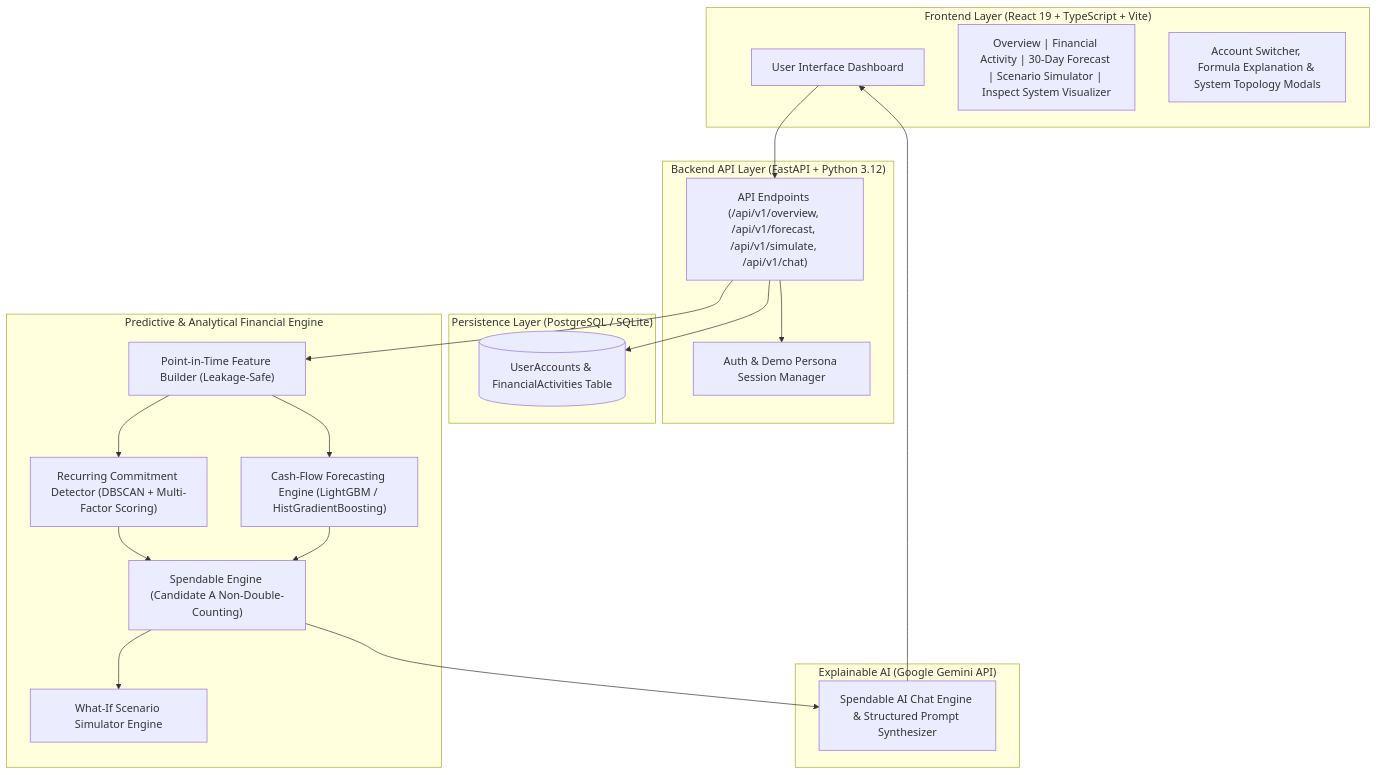
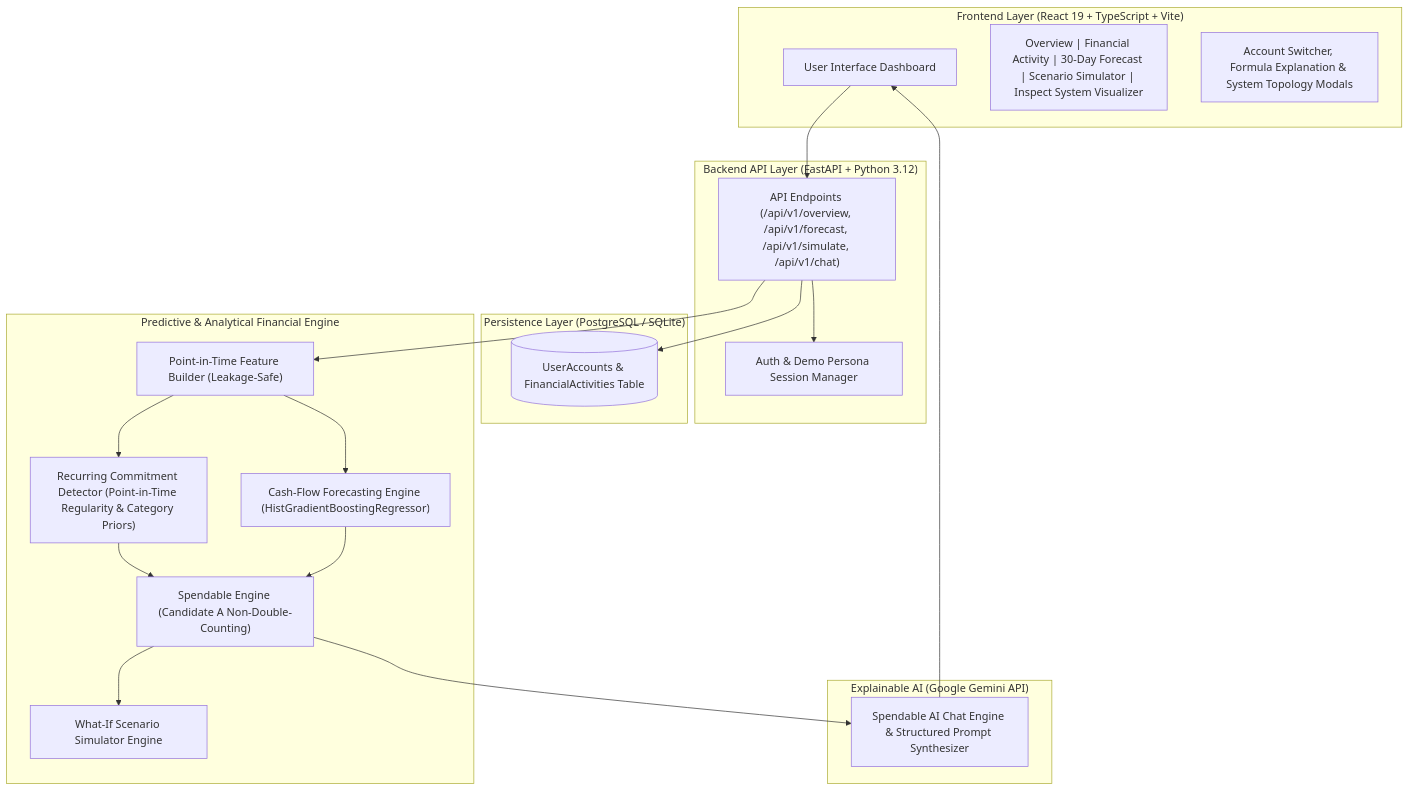
The diagram in README.md (Supan-Roy/Spendable), drawn with Mermaid before and after one commit. The commit also changed other lines of this file and 3 other files, not shown here.

````diff
--- a/README.md
+++ b/README.md
@@ -15,41 +15,41 @@
 ```mermaid
 graph TD
     subgraph Frontend["Frontend Layer (React 19 + TypeScript + Vite)"]
         UI["User Interface Dashboard"]
         Tabs["Overview | Financial Activity | 30-Day Forecast | Scenario Simulator | Inspect System Visualizer"]
         Modal["Account Switcher, Formula Explanation & System Topology Modals"]
     end
 
     subgraph API["Backend API Layer (FastAPI + Python 3.12)"]
         Router["API Endpoints (/api/v1/overview, /api/v1/forecast, /api/v1/simulate, /api/v1/chat)"]
         AuthCtx["Auth & Demo Persona Session Manager"]
     end
 
     subgraph Storage["Persistence Layer (PostgreSQL / SQLite)"]
         DB[(UserAccounts & FinancialActivities Table)]
     end
 
     subgraph ML_Engine["Predictive & Analytical Financial Engine"]
         PitBuilder["Point-in-Time Feature Builder (Leakage-Safe)"]
-        RecDetector["Recurring Commitment Detector (DBSCAN + Multi-Factor Scoring)"]
-        ForecastML["Cash-Flow Forecasting Engine (LightGBM / HistGradientBoosting)"]
+        RecDetector["Recurring Commitment Detector (Point-in-Time Regularity & Category Priors)"]
+        ForecastML["Cash-Flow Forecasting Engine (HistGradientBoostingRegressor)"]
         SpendEngine["Spendable Engine (Candidate A Non-Double-Counting)"]
         ScenarioSim["What-If Scenario Simulator Engine"]
     end
 
     subgraph LLM_Layer["Explainable AI (Google Gemini API)"]
         SpendableAI["Spendable AI Chat Engine & Structured Prompt Synthesizer"]
     end
 
     UI --> Router
     Router --> AuthCtx
     Router --> DB
     Router --> PitBuilder
     PitBuilder --> RecDetector
     PitBuilder --> ForecastML
     RecDetector --> SpendEngine
     ForecastML --> SpendEngine
     SpendEngine --> ScenarioSim
     SpendEngine --> SpendableAI
     SpendableAI --> UI
 ```
````
